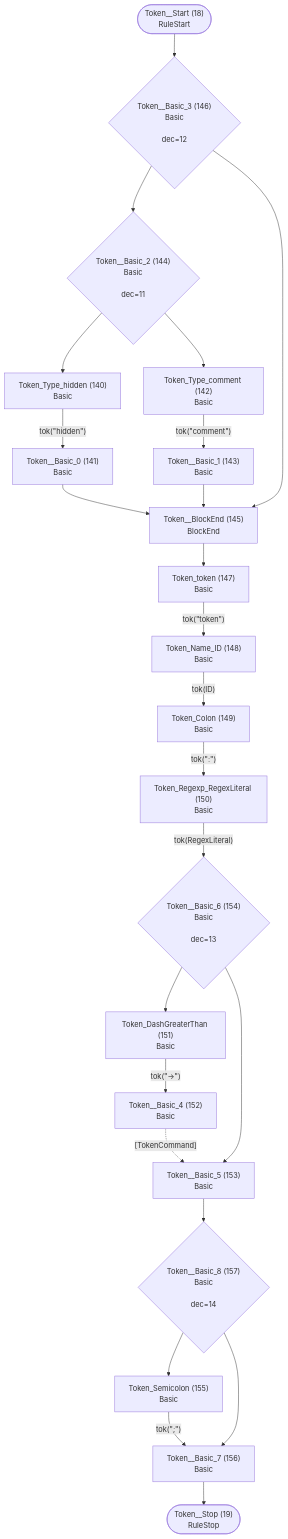
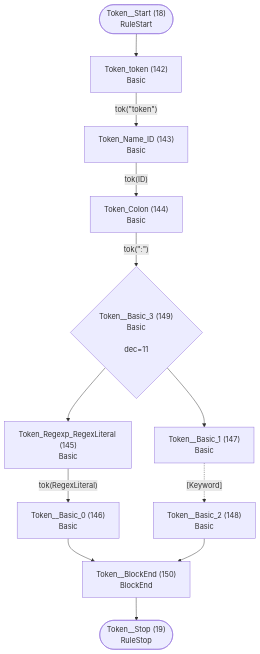
The tenth of 29 diagrams in internal/grammar/atn.md (TypeFox/fastbelt), drawn with Mermaid before and after one commit. The commit also changed other lines of this file and 13 other files, not shown here.

````diff
--- a/internal/grammar/atn.md
+++ b/internal/grammar/atn.md
@@ -281,47 +281,26 @@
 ```mermaid
 flowchart TD
     q18(["Token__Start (18)<br/>RuleStart"])
     q19(["Token__Stop (19)<br/>RuleStop"])
-    q140["Token_Type_hidden (140)<br/>Basic<br/>"]
-    q141["Token__Basic_0 (141)<br/>Basic<br/>"]
-    q142["Token_Type_comment (142)<br/>Basic<br/>"]
-    q143["Token__Basic_1 (143)<br/>Basic<br/>"]
-    q144{"Token__Basic_2 (144)<br/>Basic<br/><br/>dec=11"}
-    q145["Token__BlockEnd (145)<br/>BlockEnd<br/>"]
-    q146{"Token__Basic_3 (146)<br/>Basic<br/><br/>dec=12"}
-    q147["Token_token (147)<br/>Basic<br/>"]
-    q148["Token_Name_ID (148)<br/>Basic<br/>"]
-    q149["Token_Colon (149)<br/>Basic<br/>"]
-    q150["Token_Regexp_RegexLiteral (150)<br/>Basic<br/>"]
-    q151["Token_DashGreaterThan (151)<br/>Basic<br/>"]
-    q152["Token__Basic_4 (152)<br/>Basic<br/>"]
-    q153["Token__Basic_5 (153)<br/>Basic<br/>"]
-    q154{"Token__Basic_6 (154)<br/>Basic<br/><br/>dec=13"}
-    q155["Token_Semicolon (155)<br/>Basic<br/>"]
-    q156["Token__Basic_7 (156)<br/>Basic<br/>"]
-    q157{"Token__Basic_8 (157)<br/>Basic<br/><br/>dec=14"}
+    q142["Token_token (142)<br/>Basic<br/>"]
+    q143["Token_Name_ID (143)<br/>Basic<br/>"]
+    q144["Token_Colon (144)<br/>Basic<br/>"]
+    q145["Token_Regexp_RegexLiteral (145)<br/>Basic<br/>"]
+    q146["Token__Basic_0 (146)<br/>Basic<br/>"]
+    q147["Token__Basic_1 (147)<br/>Basic<br/>"]
+    q148["Token__Basic_2 (148)<br/>Basic<br/>"]
+    q149{"Token__Basic_3 (149)<br/>Basic<br/><br/>dec=11"}
+    q150["Token__BlockEnd (150)<br/>BlockEnd<br/>"]
 
-    q18 --> q146
-    q140 -->|"tok(&quot;hidden&quot;)"| q141
-    q141 --> q145
-    q142 -->|"tok(&quot;comment&quot;)"| q143
-    q143 --> q145
-    q144 --> q140
-    q144 --> q142
-    q145 --> q147
-    q146 --> q144
-    q146 --> q145
-    q147 -->|"tok(&quot;token&quot;)"| q148
-    q148 -->|"tok(ID)"| q149
-    q149 -->|"tok(&quot;:&quot;)"| q150
-    q150 -->|"tok(RegexLiteral)"| q154
-    q151 -->|"tok(&quot;->&quot;)"| q152
-    q152 -.->|"[TokenCommand]"| q153
-    q153 --> q157
-    q154 --> q151
-    q154 --> q153
-    q155 -->|"tok(&quot;;&quot;)"| q156
-    q156 --> q19
-    q157 --> q155
-    q157 --> q156
+    q18 --> q142
+    q142 -->|"tok(&quot;token&quot;)"| q143
+    q143 -->|"tok(ID)"| q144
+    q144 -->|"tok(&quot;:&quot;)"| q149
+    q145 -->|"tok(RegexLiteral)"| q146
+    q146 --> q150
+    q147 -.->|"[Keyword]"| q148
+    q148 --> q150
+    q149 --> q145
+    q149 --> q147
+    q150 --> q19
 ```
````
